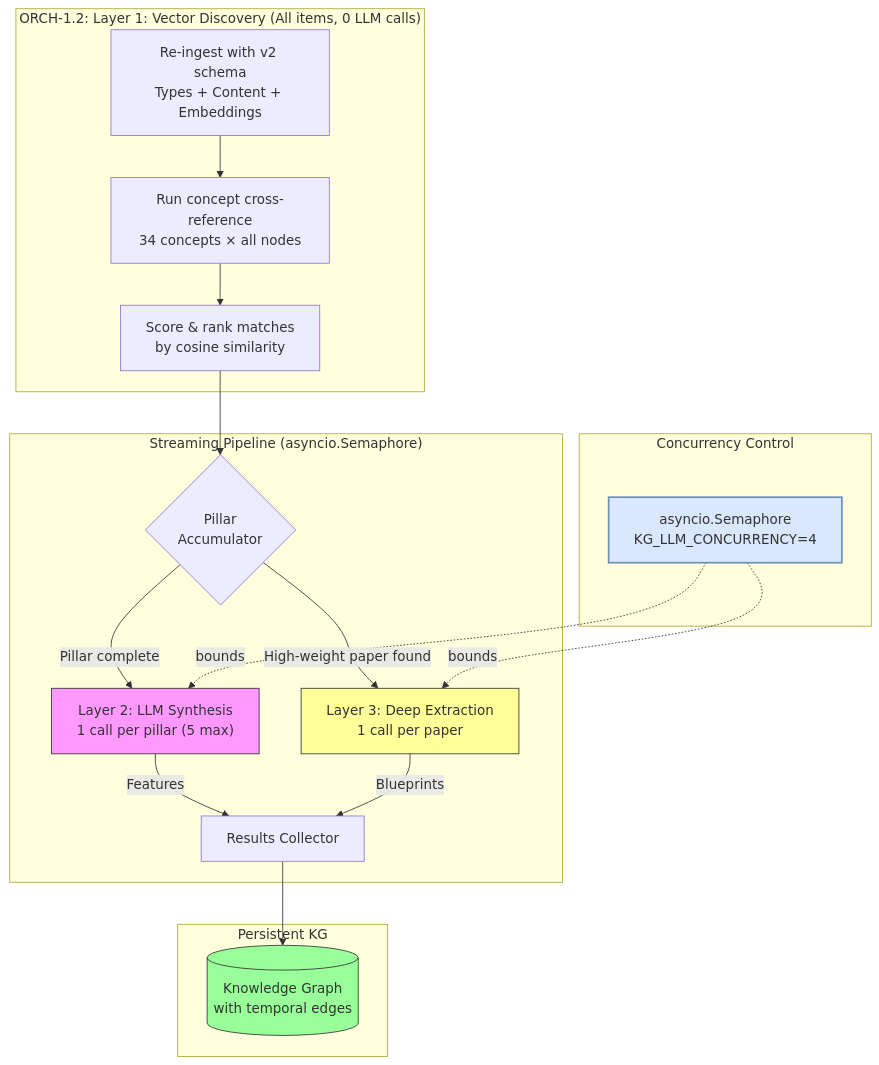
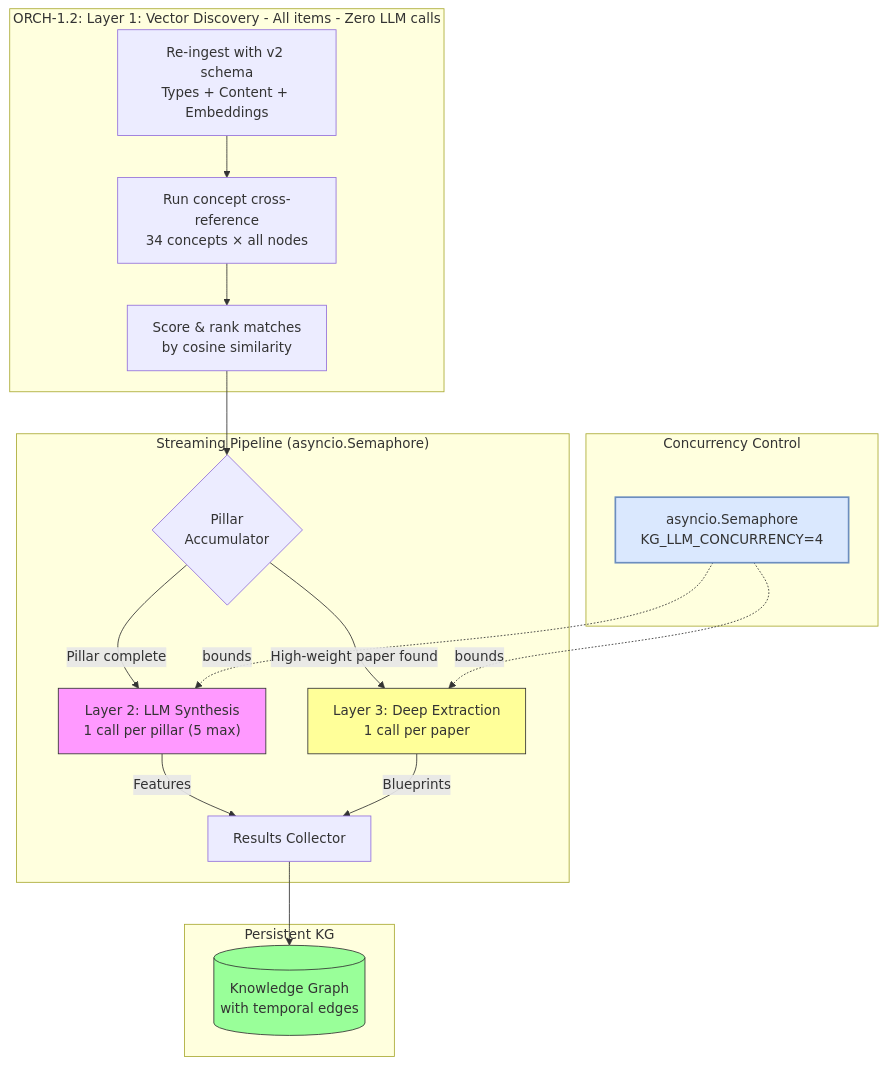
One commit to Knuckles-Team/agent-utilities changed the diagram in docs/architecture/layered_analysis_architecture.md. Above: the diagram before and after it, drawn with Mermaid. The commit also changed 41 other files, not shown here.

````diff
--- a/docs/architecture/layered_analysis_architecture.md
+++ b/docs/architecture/layered_analysis_architecture.md
@@ -11,31 +11,31 @@
 ```mermaid
 graph TD
-    subgraph "ORCH-1.2: Layer 1: Vector Discovery (All items, 0 LLM calls)"
+    subgraph "ORCH-1.2: Layer 1: Vector Discovery - All items - Zero LLM calls"
         A["Re-ingest with v2 schema<br/>Types + Content + Embeddings"] --> B["Run concept cross-reference<br/>34 concepts × all nodes"]
         B --> C["Score & rank matches<br/>by cosine similarity"]
     end
 
     subgraph "Streaming Pipeline (asyncio.Semaphore)"
         C --> ACC{"Pillar<br/>Accumulator"}
 
         ACC -->|"Pillar complete"| L2["Layer 2: LLM Synthesis<br/>1 call per pillar (5 max)"]
         ACC -->|"High-weight paper found"| L3["Layer 3: Deep Extraction<br/>1 call per paper"]
 
         L2 --> |"Features"| OUT["Results Collector"]
         L3 --> |"Blueprints"| OUT
     end
 
     subgraph "Concurrency Control"
         SEM["asyncio.Semaphore<br/>KG_LLM_CONCURRENCY=4"] -.->|"bounds"| L2
         SEM -.->|"bounds"| L3
     end
 
     subgraph "Persistent KG"
         OUT --> L[("Knowledge Graph<br/>with temporal edges")]
     end
 
     style L2 fill:#f9f,stroke:#333
     style L3 fill:#ff9,stroke:#333
     style L fill:#9f9,stroke:#333
     style SEM fill:#dae8fe,stroke:#6c8ebf,stroke-width:2px
 ```
````
